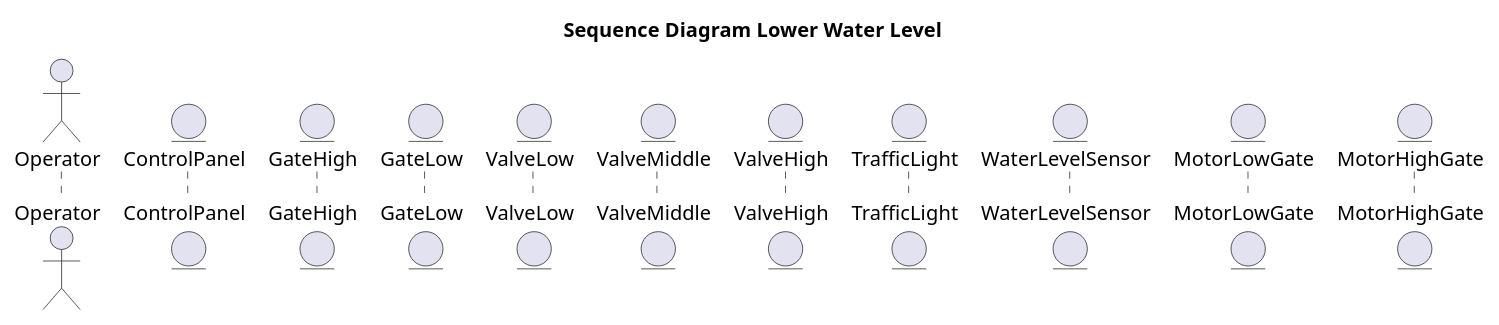
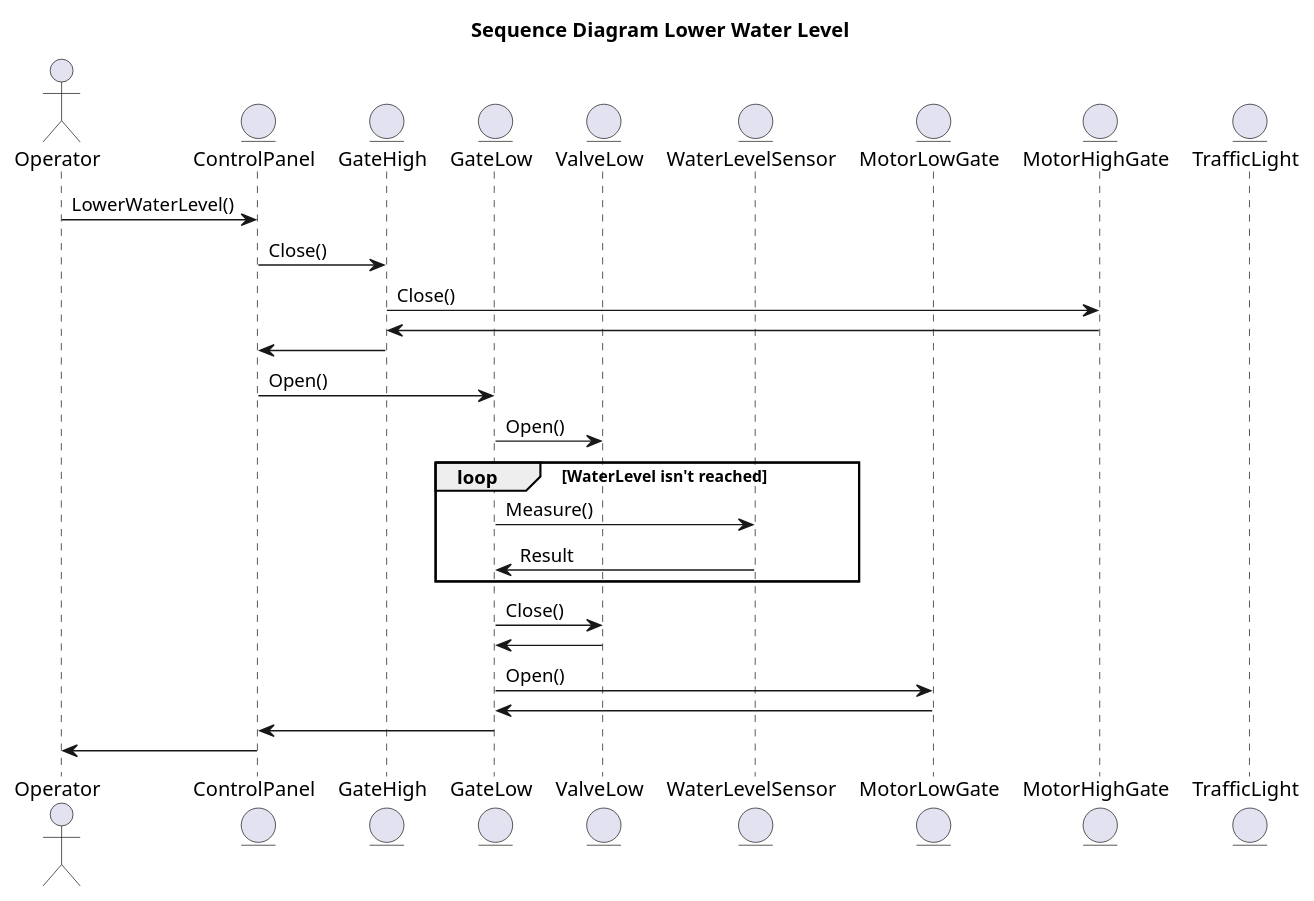
Before and after one commit to NathanThus/Technology-Semester-3: the sixth of 6 diagrams in Software Design & Algorithms/PoundLock/Diagrams.puml, drawn with PlantUML. The commit also changed other lines of this file, not shown here.

```diff
--- a/Software Design & Algorithms/PoundLock/Diagrams.puml
+++ b/Software Design & Algorithms/PoundLock/Diagrams.puml
@@ -195,16 +204,38 @@
 @startuml Sequence_Lower
 title Sequence Diagram Lower Water Level
 
 Actor Operator
 Entity ControlPanel
 Entity GateHigh
 Entity GateLow
 Entity ValveLow
-Entity ValveMiddle
-Entity ValveHigh
-Entity TrafficLight
 Entity WaterLevelSensor
 Entity MotorLowGate
 Entity MotorHighGate
+Entity TrafficLight
+
+
+Operator->ControlPanel:LowerWaterLevel()
+ControlPanel->GateHigh:Close()
+GateHigh->MotorHighGate:Close()
+MotorHighGate->GateHigh
+
+GateHigh -> ControlPanel
+ControlPanel -> GateLow : Open()
+GateLow -> ValveLow : Open()
+
+loop WaterLevel isn't reached
+    GateLow -> WaterLevelSensor : Measure()
+    WaterLevelSensor -> GateLow : Result
+end
+
+GateLow -> ValveLow : Close()
+ValveLow -> GateLow
+GateLow -> MotorLowGate : Open()
+MotorLowGate -> GateLow
+
+
+GateLow -> ControlPanel
+ControlPanel -> Operator
 
 @enduml
```
